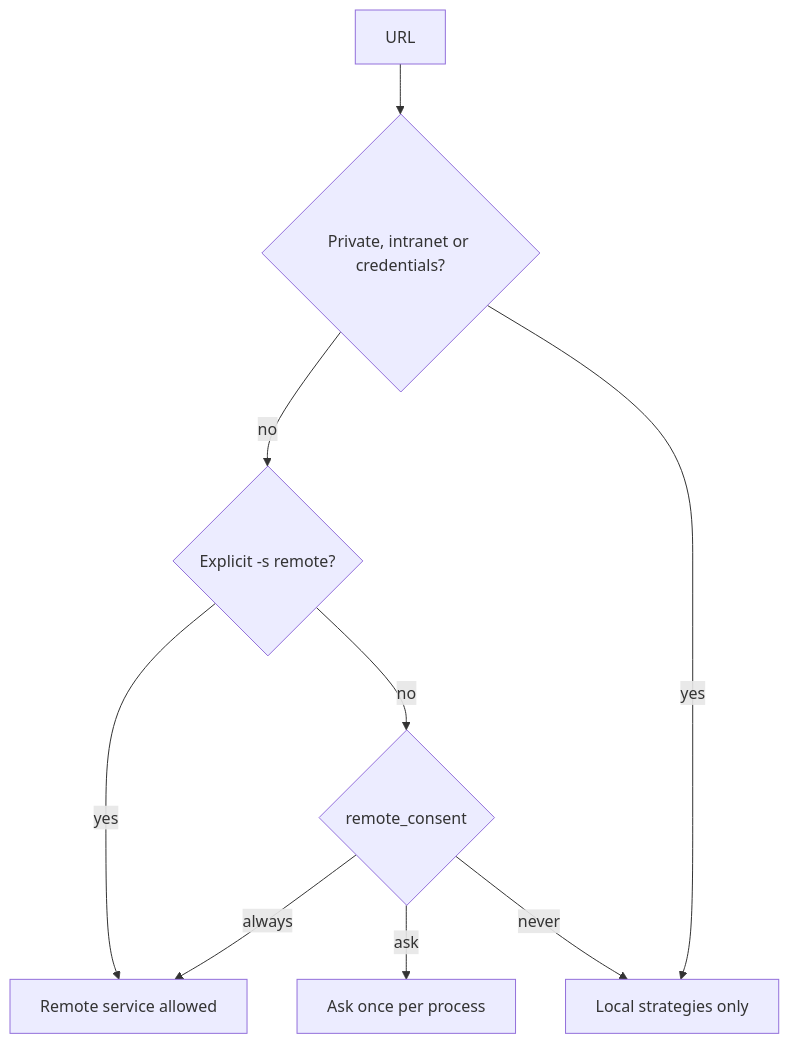
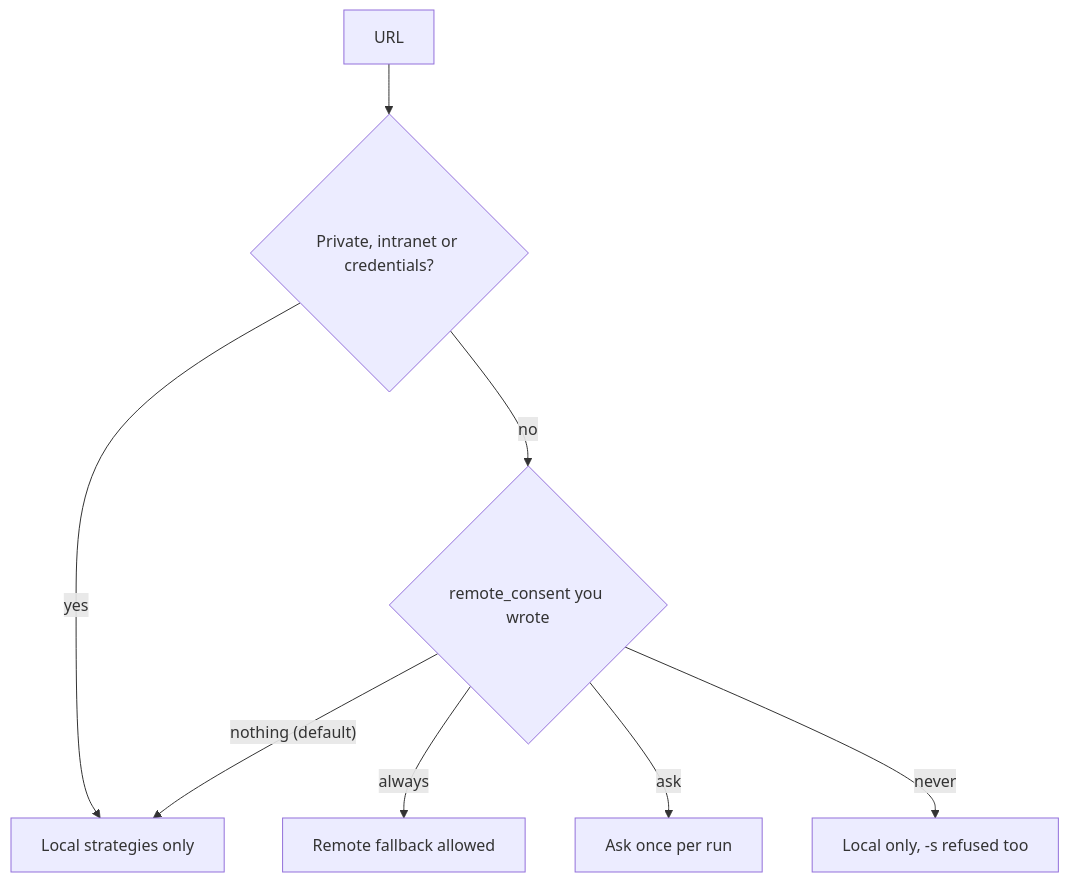
The fourth of 4 diagrams in website/guide/configuration.md (Ynewtime/markitai), drawn with Mermaid before and after one commit. The commit also changed other lines of this file and 38 other files, not shown here.

````diff
--- a/website/guide/configuration.md
+++ b/website/guide/configuration.md
@@ -551,11 +496,10 @@
 ```mermaid
 flowchart TD
   U[URL] --> P{"Private, intranet or credentials?"}
-  P -->|no| S{"Explicit -s remote?"}
   P -->|yes| L[Local strategies only]
-  S -->|yes| R[Remote service allowed]
-  S -->|no| C{remote_consent}
-  C -->|always| R
-  C -->|ask| A["Ask once per process"]
-  C -->|never| L
+  P -->|no| C{"remote_consent you wrote"}
+  C -->|"nothing (default)"| L
+  C -->|always| R[Remote fallback allowed]
+  C -->|ask| A["Ask once per run"]
+  C -->|never| N["Local only, -s refused too"]
 ```
````
